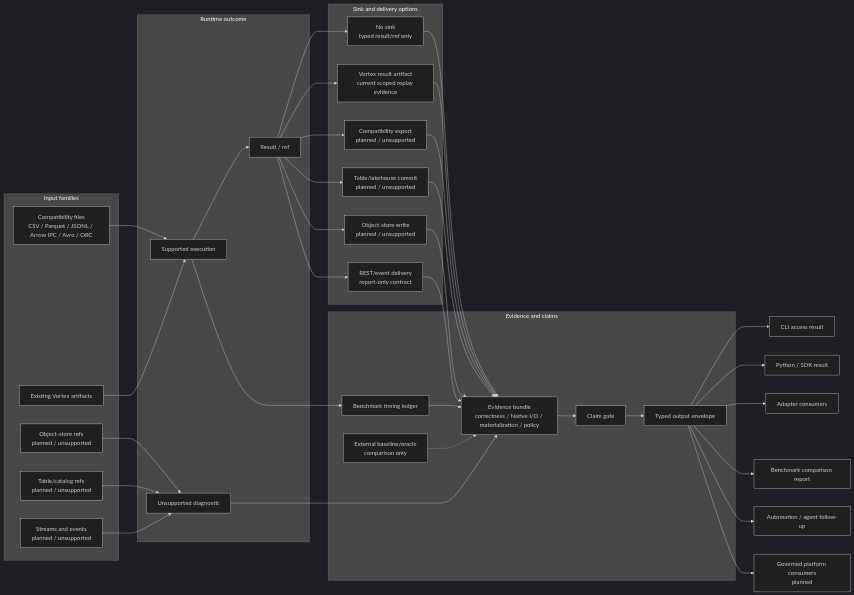
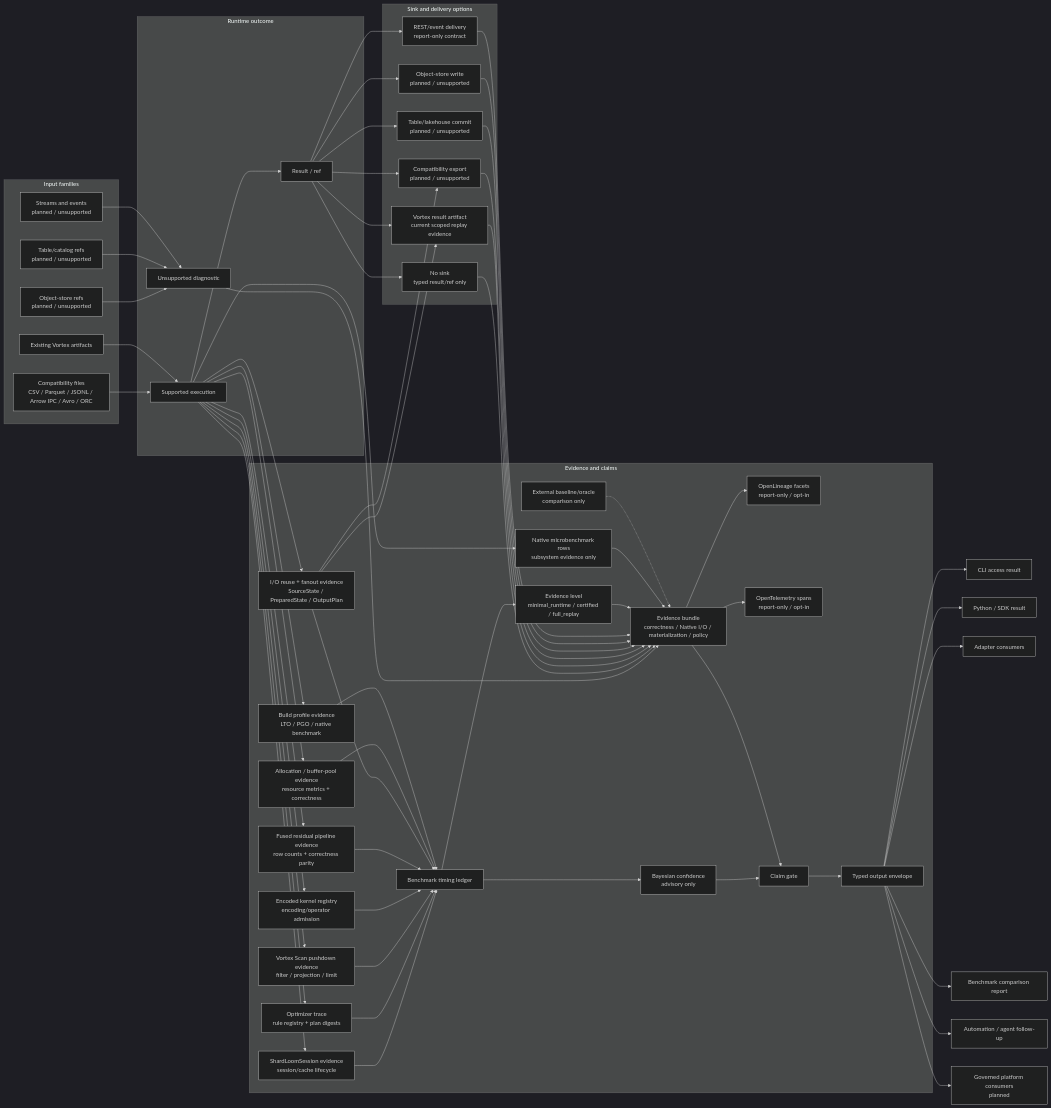
The fifth of 6 diagrams in website/assets/data/compute-engine-flow-reference.md (depsilon/shardloom), drawn with Mermaid (dark theme) before and after one commit. The commit also changed other lines of this file and 98 other files, not shown here.

```diff
--- a/website/assets/data/compute-engine-flow-reference.md
+++ b/website/assets/data/compute-engine-flow-reference.md
@@ -394,7 +412,20 @@
     subgraph CLAIMS["Evidence and claims"]
         TIMING["Benchmark timing ledger"]
         BASELINE["External baseline/oracle<br/>comparison only"]
+        MICROBENCH["Native microbenchmark rows<br/>subsystem evidence only"]
+        EVIDENCE_LEVEL["Evidence level<br/>minimal_runtime / certified / full_replay"]
+        OPTIMIZER_TRACE["Optimizer trace<br/>rule registry + plan digests"]
+        SCAN_PUSHDOWN["Vortex Scan pushdown evidence<br/>filter / projection / limit"]
+        ENCODED_KERNEL["Encoded kernel registry<br/>encoding/operator admission"]
+        FUSED_PIPELINE["Fused residual pipeline evidence<br/>row counts + correctness parity"]
+        SESSION["ShardLoomSession evidence<br/>session/cache lifecycle"]
+        IO_REUSE["I/O reuse + fanout evidence<br/>SourceState / PreparedState / OutputPlan"]
+        RESOURCE_PROFILE["Allocation / buffer-pool evidence<br/>resource metrics + correctness"]
+        BUILD_PROFILE["Build profile evidence<br/>LTO / PGO / native benchmark"]
         EVIDENCE["Evidence bundle<br/>correctness / Native I/O / materialization / policy"]
+        LINEAGE["OpenLineage facets<br/>report-only / opt-in"]
+        TELEMETRY["OpenTelemetry spans<br/>report-only / opt-in"]
+        CONFIDENCE["Bayesian confidence<br/>advisory only"]
         CLAIM["Claim gate"]
         ENVELOPE["Typed output envelope"]
     end
@@ -412,8 +443,22 @@
     RESULT --> TABLE_COMMIT --> EVIDENCE
     RESULT --> OBJECT_WRITE --> EVIDENCE
     RESULT --> REST_EVENT --> EVIDENCE
-    EXECUTE --> TIMING --> EVIDENCE
+    EXECUTE --> SESSION --> TIMING --> EVIDENCE_LEVEL --> EVIDENCE
+    EXECUTE --> OPTIMIZER_TRACE --> TIMING
+    EXECUTE --> SCAN_PUSHDOWN --> TIMING
+    EXECUTE --> ENCODED_KERNEL --> TIMING
+    EXECUTE --> FUSED_PIPELINE --> TIMING
+    EXECUTE --> IO_REUSE --> TIMING
+    IO_REUSE --> VORTEX_SINK
+    IO_REUSE --> COMPAT_EXPORT
+    EXECUTE --> RESOURCE_PROFILE --> TIMING
+    EXECUTE --> BUILD_PROFILE --> TIMING
+    EXECUTE --> MICROBENCH --> EVIDENCE
     BASELINE -.-> EVIDENCE
+    EVIDENCE --> LINEAGE
+    EVIDENCE --> TELEMETRY
+    TIMING --> CONFIDENCE
+    CONFIDENCE --> CLAIM
     EVIDENCE --> CLAIM --> ENVELOPE
 
     ENVELOPE --> CLI_RESULT["CLI access result"]
```
